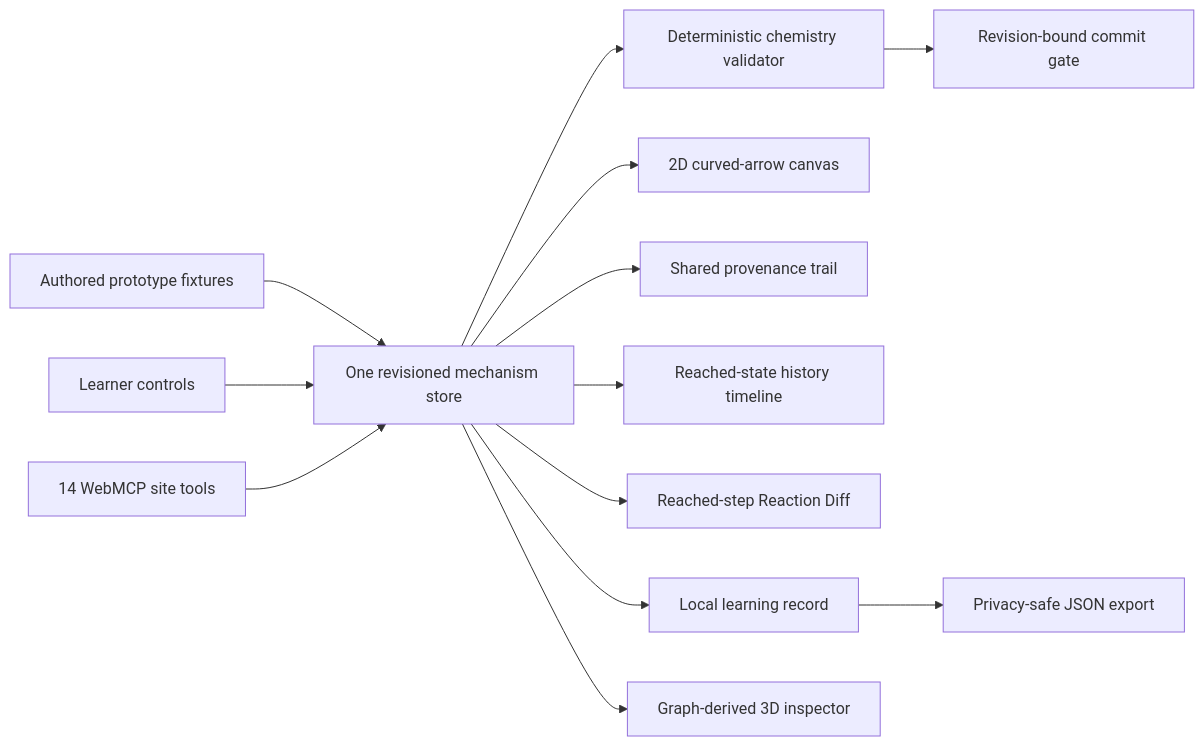
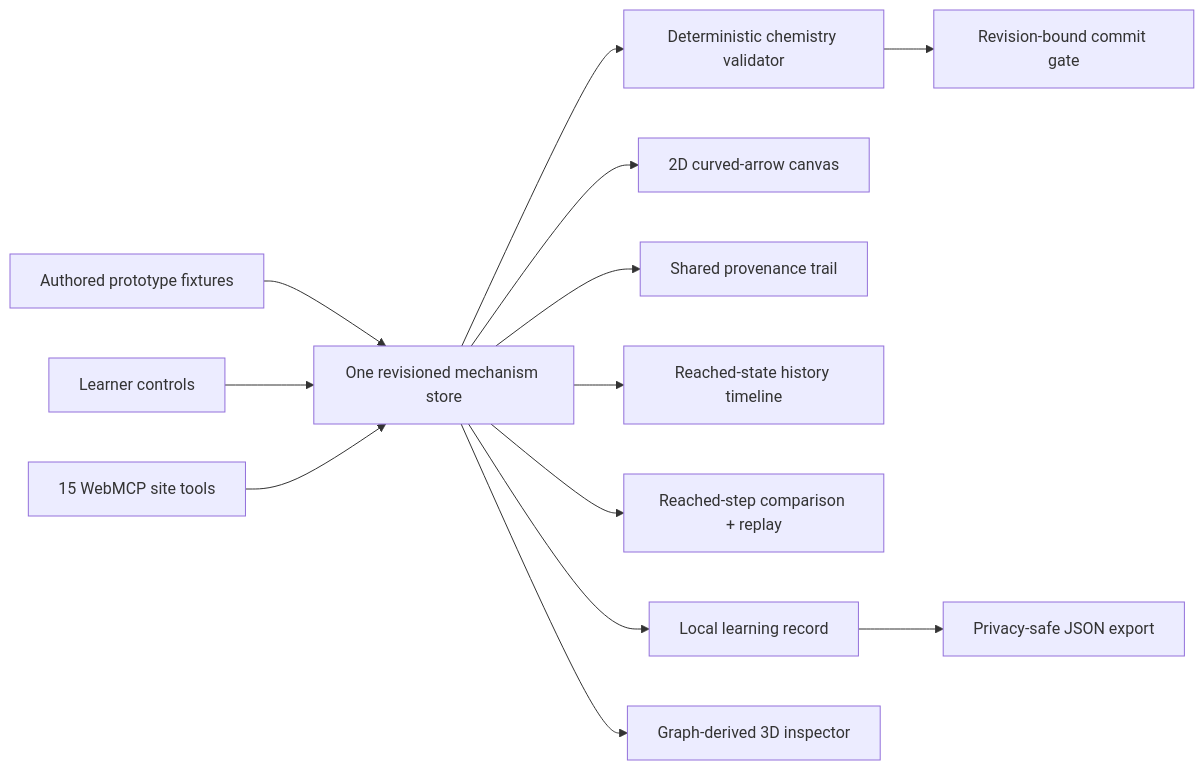
The diagram in README.md (mihirduvedi/mechanism-canvas), drawn with Mermaid before and after one commit. The commit also changed other lines of this file and 30 other files, not shown here.

Commit message:
feat: ship reaction replay and tidal interface

````diff
--- a/README.md
+++ b/README.md
@@ -13,15 +13,15 @@
 ```mermaid
 flowchart LR
   P["Authored prototype fixtures"] --> S["One revisioned mechanism store"]
   H["Learner controls"] --> S
-  A["14 WebMCP site tools"] --> S
+  A["15 WebMCP site tools"] --> S
   S --> V["Deterministic chemistry validator"]
   S --> C["2D curved-arrow canvas"]
   S --> T["Shared provenance trail"]
   S --> R["Reached-state history timeline"]
-  S --> D["Reached-step Reaction Diff"]
+  S --> D["Reached-step comparison + replay"]
   S --> L["Local learning record"]
   L --> E["Privacy-safe JSON export"]
   S --> M["Graph-derived 3D inspector"]
   V --> G["Revision-bound commit gate"]
 ```
````
